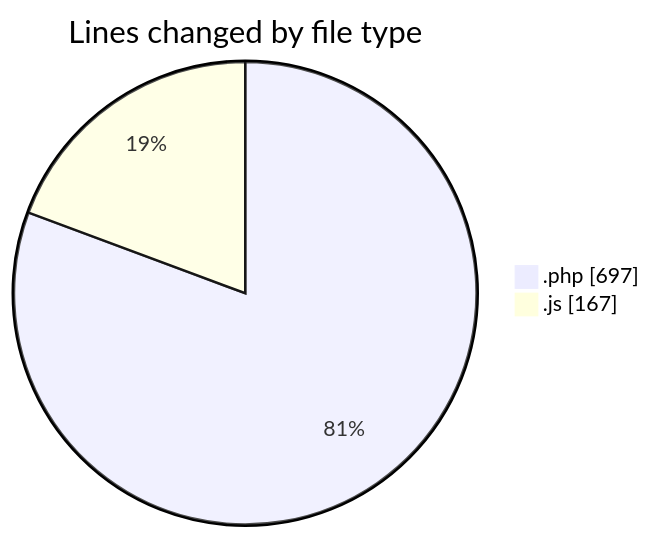
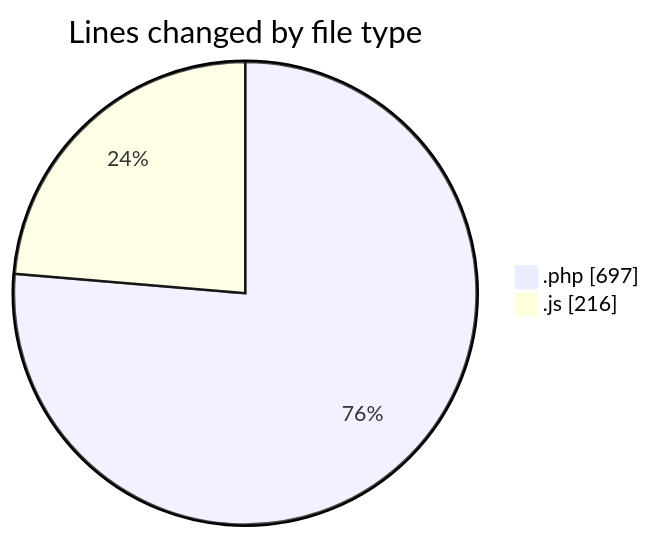
The first of 2 diagrams in 2026-07-08/wp-content/README.md (debugP/code-tracking), drawn with Mermaid before and after one commit. The commit also changed other lines of this file and 1 other file, not shown here.

````diff
--- a/2026-07-08/wp-content/README.md
+++ b/2026-07-08/wp-content/README.md
@@ -22,6 +22,6 @@
 ```mermaid
 pie showData
 title Lines changed by file type
 ".php" : 697
-".js" : 167
+".js" : 216
 ```
````
